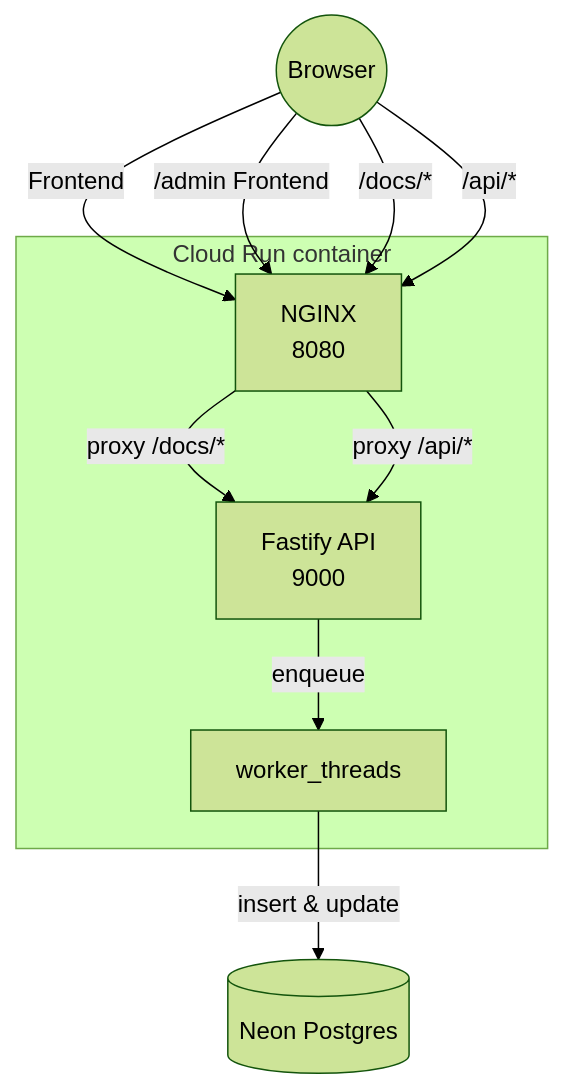
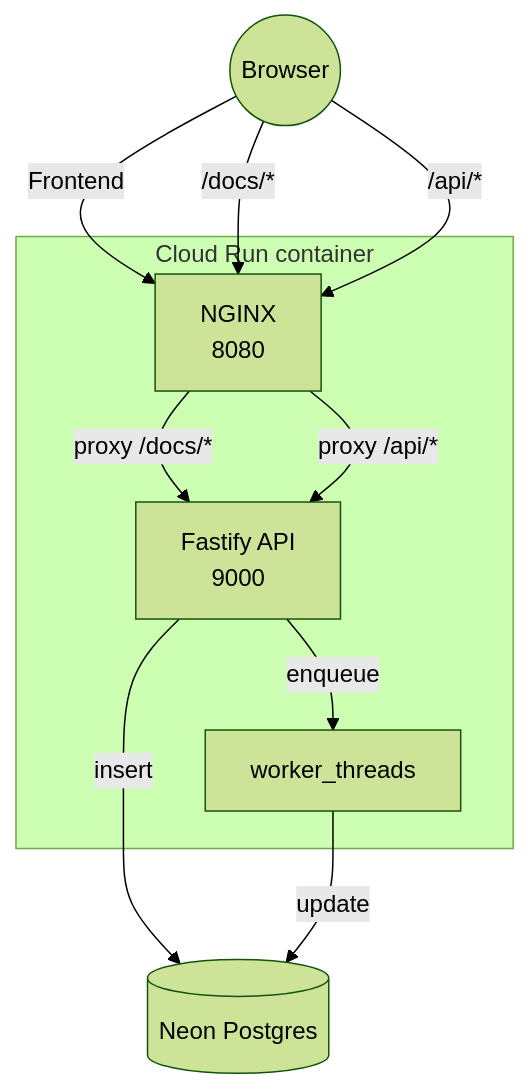
Before and after one commit to farbiondriven/feedback-service: the diagram in README.md, drawn with Mermaid (forest theme). The commit also changed 1 other file, not shown here.

Commit message:
Fix mermaid diagram (#4)

````diff
--- a/README.md
+++ b/README.md
@@ -58,20 +58,20 @@
 ```mermaid
 graph TD
     subgraph Cloud Run container
         NGINX[NGINX<br/>8080]
         Fastify[Fastify API<br/>9000]
         Worker[worker_threads]
     end
     Browser((Browser))
     DB[(Neon Postgres)]
 
     Browser -->|Frontend| NGINX
-    Browser -->|/admin Frontend| NGINX
     Browser -->|/docs/*| NGINX
     Browser -->|/api/*| NGINX
 
     NGINX -->|proxy /docs/*| Fastify
     NGINX -->|proxy /api/*| Fastify
+    Fastify -->|insert| DB
     Fastify -->|enqueue| Worker
-    Worker -->|insert & update| DB
+    Worker -->|update| DB
 ```
````
